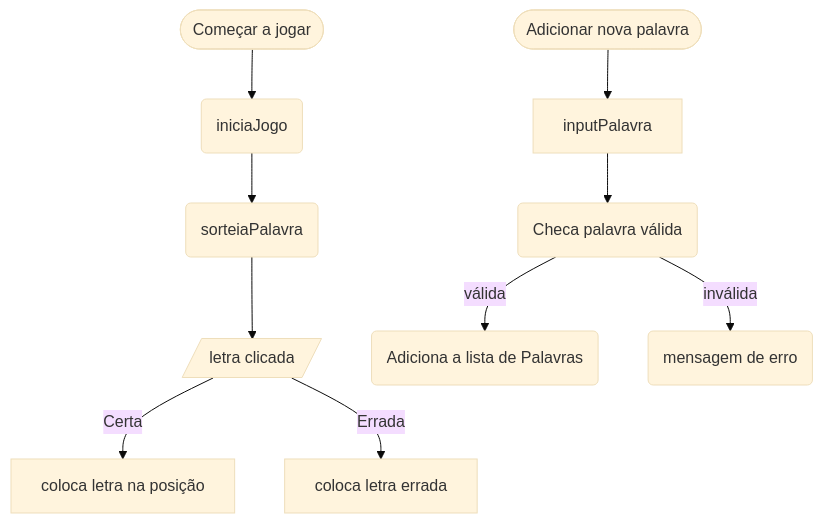
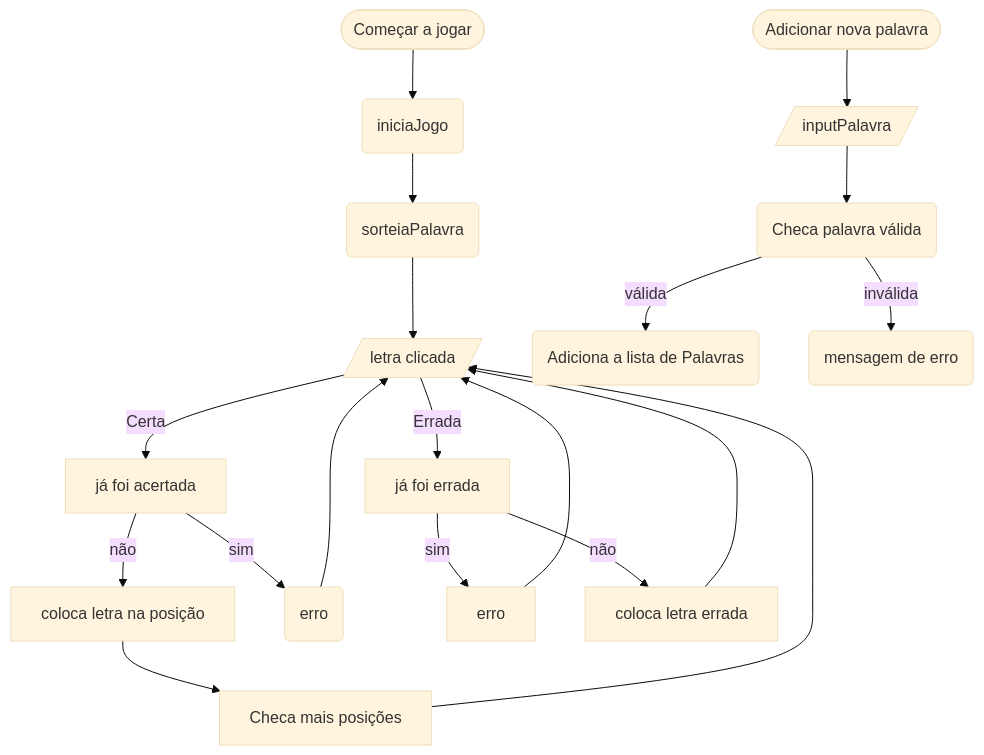
Before and after one commit to LeonardoFG/challenge-oracle-hangman: the diagram in README.md, drawn with Mermaid (base theme).

````diff
--- a/README.md
+++ b/README.md
@@ -4,12 +4,21 @@
 ```mermaid
     flowchart TD
     A([Começar a jogar]) --> B(iniciaJogo)
     B --> C(sorteiaPalavra)
     C --> D[/letra clicada/]
-    D -->|Certa| E[coloca letra na posição]
-    D -->|Errada| F[coloca letra errada]
-    R([Adicionar nova palavra]) -->S[inputPalavra]
+    D -->|Certa| E[já foi acertada]
+    E -->|não| F[coloca letra na posição]
+    F -->G[Checa mais posições]
+    G --> D
+    E -->|sim| H(erro)
+    H --> D
+    D -->|Errada| J[já foi errada]
+    J -->|sim| K[erro]
+    K --> D
+    J -->|não| L[coloca letra errada]
+    L -->D
+    R([Adicionar nova palavra]) -->S[/inputPalavra/]
     S -->T(Checa palavra válida)
     T -->|válida| U(Adiciona a lista de Palavras)
     T -->|inválida| V(mensagem de erro)
 ```
````
